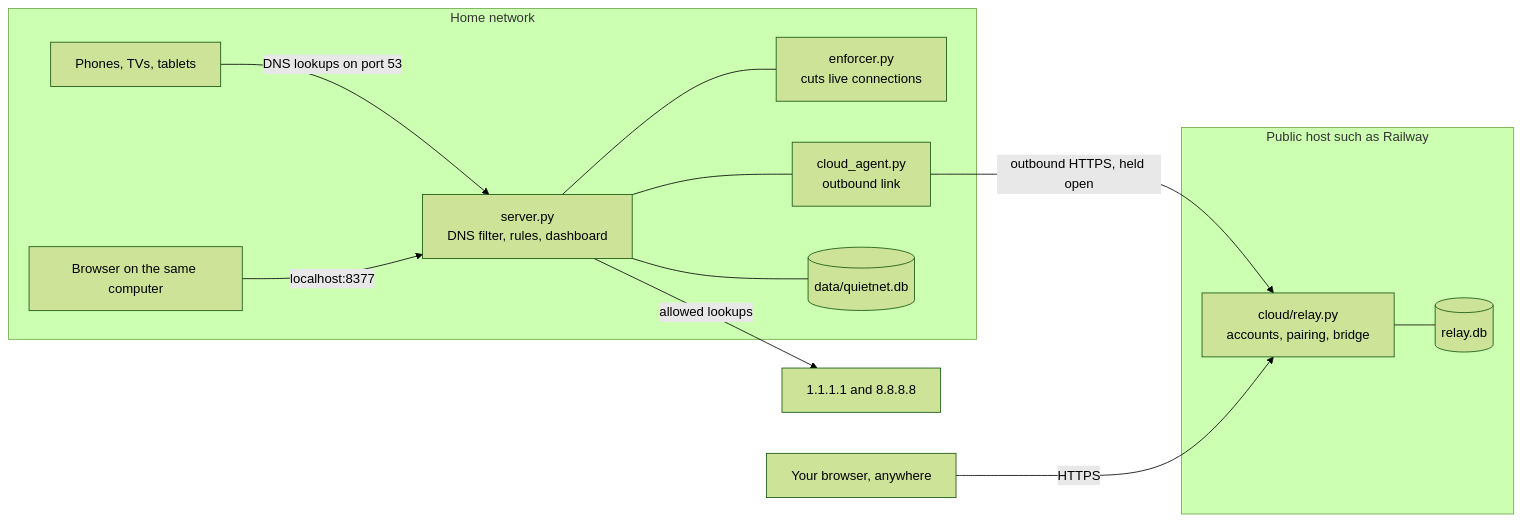
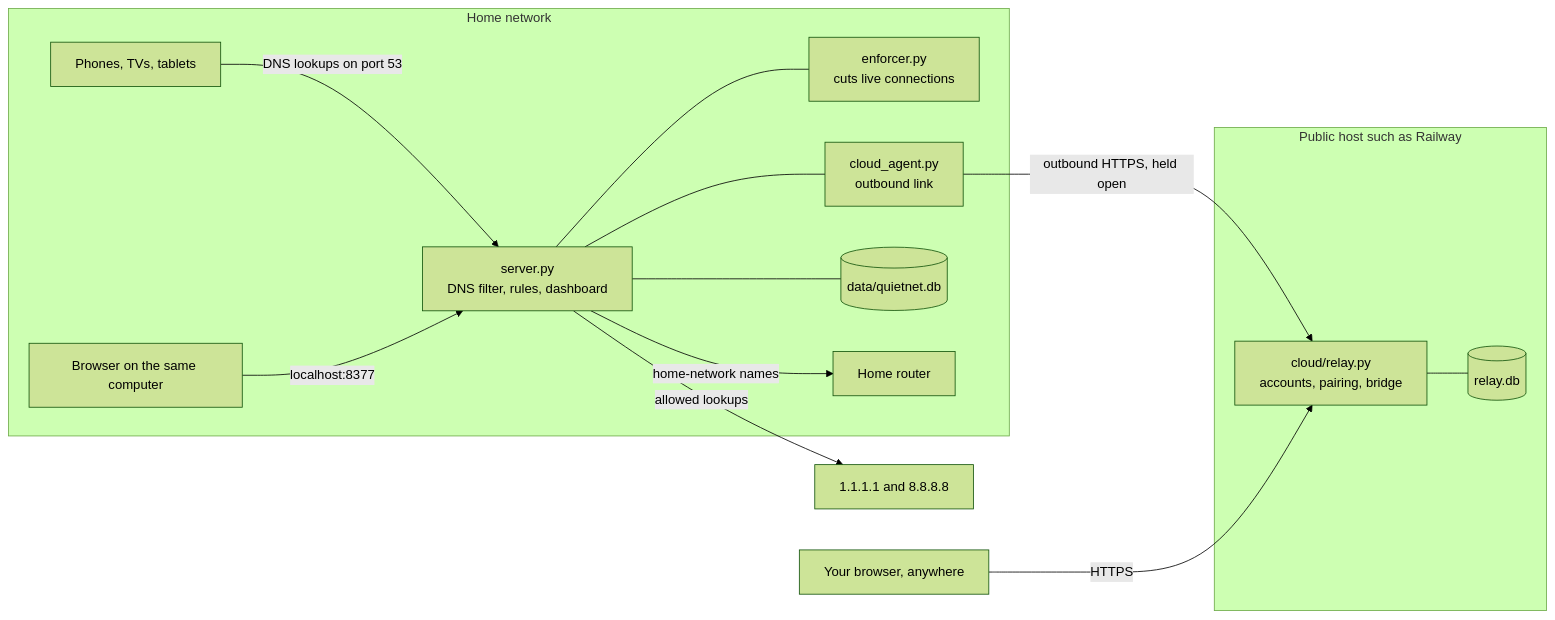
One commit to lpobjoy/QuietNet changed the first of 2 diagrams in docs/ARCHITECTURE.md. Above: the diagram before and after it, drawn with Mermaid (forest theme). The commit also changed other lines of this file and 22 other files, not shown here.

````diff
--- a/docs/ARCHITECTURE.md
+++ b/docs/ARCHITECTURE.md
@@ -11,18 +11,20 @@
 ```mermaid
 flowchart LR
   subgraph home["Home network"]
     D["Phones, TVs, tablets"] -- "DNS lookups on port 53" --> S
     S["server.py<br>DNS filter, rules, dashboard"]
     S --- E["enforcer.py<br>cuts live connections"]
     S --- A["cloud_agent.py<br>outbound link"]
     S --- DB[("data/quietnet.db")]
     B1["Browser on the same computer"] -- "localhost:8377" --> S
+    RT["Home router"]
   end
   S -- "allowed lookups" --> U["1.1.1.1 and 8.8.8.8"]
+  S -- "home-network names" --> RT
   A -- "outbound HTTPS, held open" --> R
   subgraph host["Public host such as Railway"]
     R["cloud/relay.py<br>accounts, pairing, bridge"]
     R --- RDB[("relay.db")]
   end
   B2["Your browser, anywhere"] -- HTTPS --> R
 ```
````
